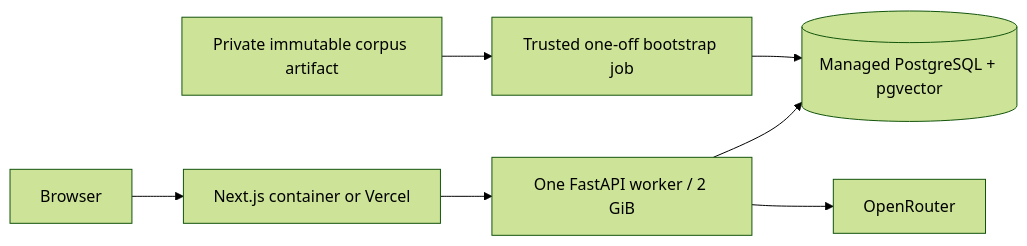
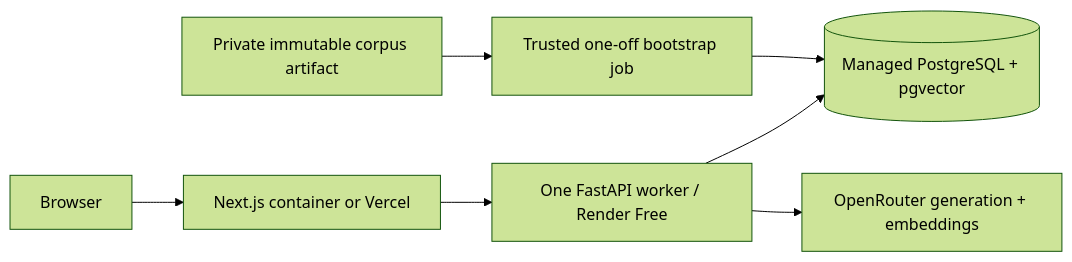
Before and after one commit to Hambirth/property-intelligence-assistant: the first of 5 diagrams in ARCHITECTURE.md, drawn with Mermaid (forest theme). The commit also changed other lines of this file and 17 other files, not shown here.

````diff
--- a/ARCHITECTURE.md
+++ b/ARCHITECTURE.md
@@ -5,9 +5,9 @@
 ```mermaid
 flowchart LR
     B[Browser] --> N[Next.js container or Vercel]
-    N --> F[One FastAPI worker / 2 GiB]
+    N --> F[One FastAPI worker / Render Free]
     F --> P[(Managed PostgreSQL + pgvector)]
-    F --> O[OpenRouter]
+    F --> O[OpenRouter generation + embeddings]
     A[Private immutable corpus artifact] --> J[Trusted one-off bootstrap job]
     J --> P
 ```
````
